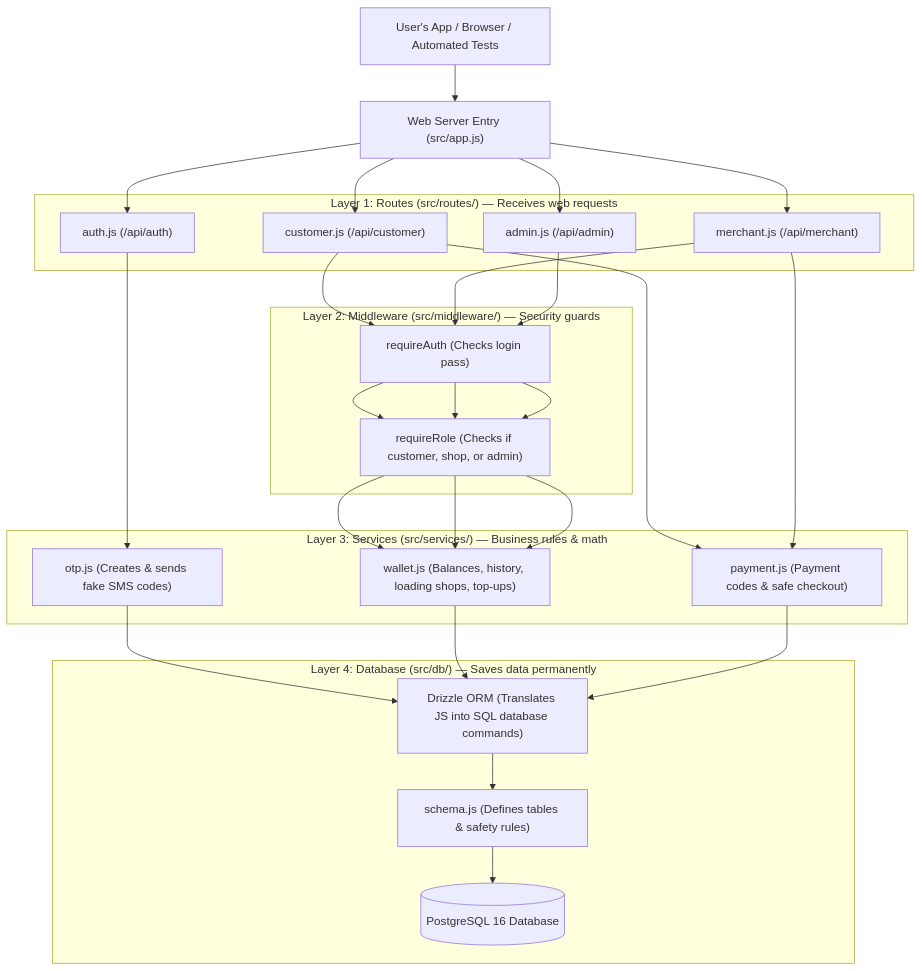
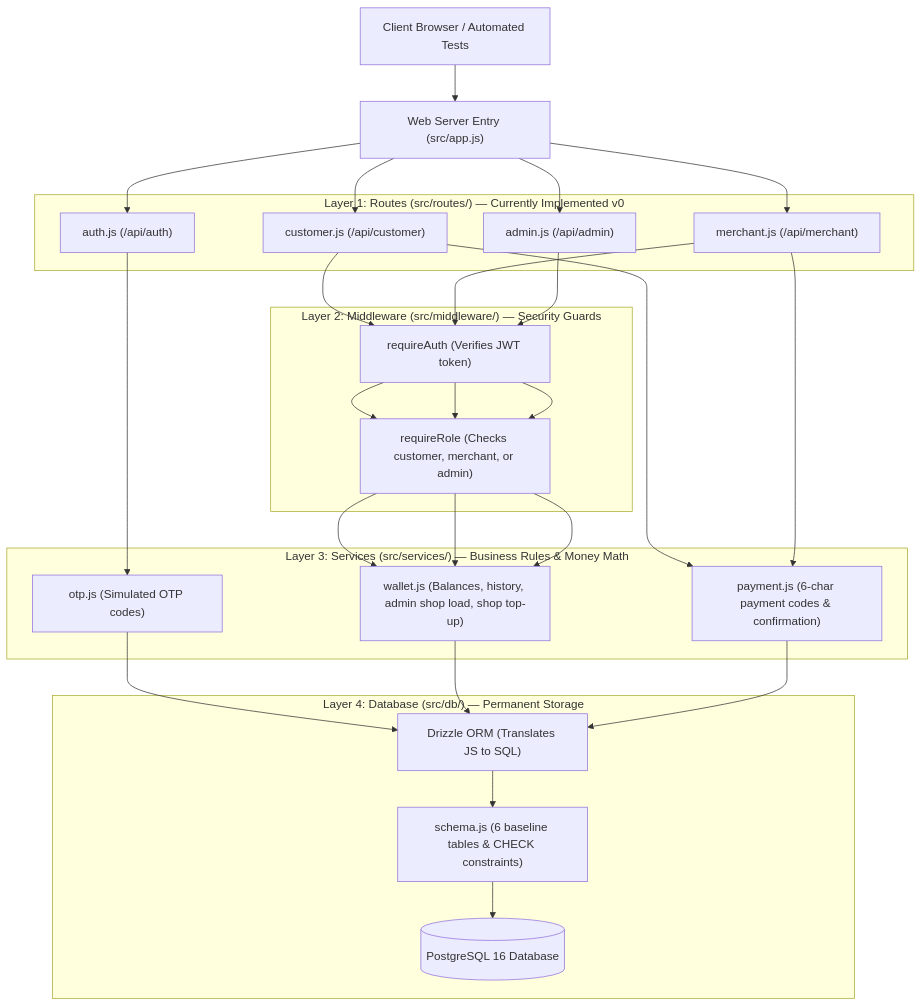
Before and after one commit to lyna-asma/project1-dtc: the first of 3 diagrams in docs/01-system-architecture.md, drawn with Mermaid. The commit also changed other lines of this file and 19 other files, not shown here.

Commit message:
docs: align Blendinar v1 product plan, 9-milestone backlog, ADRs, and visual diagrams

````diff
--- a/docs/01-system-architecture.md
+++ b/docs/01-system-architecture.md
@@ -11,45 +11,45 @@
 ```mermaid
 flowchart TD
-    Client["User's App / Browser / Automated Tests"] --> ExpressApp["Web Server Entry (src/app.js)"]
+    Client["Client Browser / Automated Tests"] --> ExpressApp["Web Server Entry (src/app.js)"]
 
-    subgraph HTTP_Layer ["Layer 1: Routes (src/routes/) — Receives web requests"]
+    subgraph HTTP_Layer ["Layer 1: Routes (src/routes/) — Currently Implemented v0"]
         AuthR["auth.js (/api/auth)"]
         CustR["customer.js (/api/customer)"]
         MerchR["merchant.js (/api/merchant)"]
         AdminR["admin.js (/api/admin)"]
     end
 
-    subgraph Security_Layer ["Layer 2: Middleware (src/middleware/) — Security guards"]
-        AuthMW["requireAuth (Checks login pass)"]
-        RoleMW["requireRole (Checks if customer, shop, or admin)"]
+    subgraph Security_Layer ["Layer 2: Middleware (src/middleware/) — Security Guards"]
+        AuthMW["requireAuth (Verifies JWT token)"]
+        RoleMW["requireRole (Checks customer, merchant, or admin)"]
     end
 
-    subgraph Domain_Layer ["Layer 3: Services (src/services/) — Business rules & math"]
-        OtpSvc["otp.js (Creates & sends fake SMS codes)"]
-        WalletSvc["wallet.js (Balances, history, loading shops, top-ups)"]
-        PaySvc["payment.js (Payment codes & safe checkout)"]
+    subgraph Domain_Layer ["Layer 3: Services (src/services/) — Business Rules & Money Math"]
+        OtpSvc["otp.js (Simulated OTP codes)"]
+        WalletSvc["wallet.js (Balances, history, admin shop load, shop top-up)"]
+        PaySvc["payment.js (6-char payment codes & confirmation)"]
     end
 
-    subgraph Data_Layer ["Layer 4: Database (src/db/) — Saves data permanently"]
-        Drizzle["Drizzle ORM (Translates JS into SQL database commands)"]
-        Schema["schema.js (Defines tables & safety rules)"]
+    subgraph Data_Layer ["Layer 4: Database (src/db/) — Permanent Storage"]
+        Drizzle["Drizzle ORM (Translates JS to SQL)"]
+        Schema["schema.js (6 baseline tables & CHECK constraints)"]
         PG[("PostgreSQL 16 Database")]
     end
 
     ExpressApp --> AuthR
     ExpressApp --> CustR
     ExpressApp --> MerchR
     ExpressApp --> AdminR
 
     CustR --> AuthMW --> RoleMW --> WalletSvc
     CustR --> PaySvc
     MerchR --> AuthMW --> RoleMW --> WalletSvc
     MerchR --> PaySvc
     AdminR --> AuthMW --> RoleMW --> WalletSvc
     AuthR --> OtpSvc
 
     OtpSvc --> Drizzle
     WalletSvc --> Drizzle
     PaySvc --> Drizzle
     Drizzle --> Schema --> PG
 ```
````
